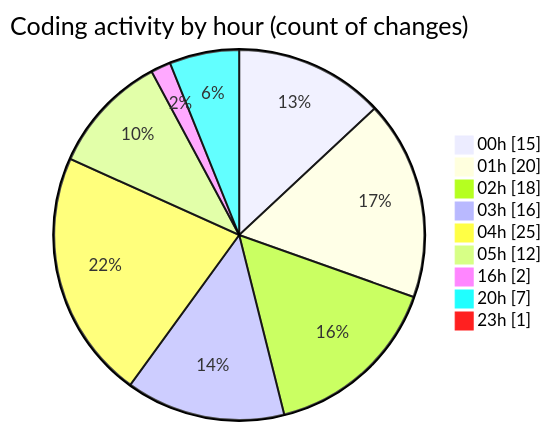
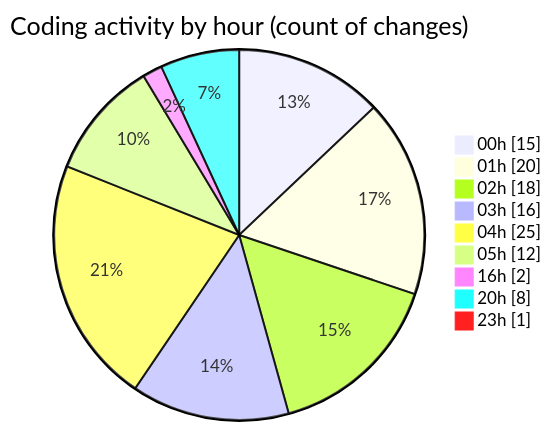
One commit to lephambinh05/code-tracking changed the second of 2 diagrams in 2025-08-04/studybuddy/README.md. Above: the diagram before and after it, drawn with Mermaid. The commit also changed other lines of this file and 1 other file, not shown here.

````diff
--- a/2025-08-04/studybuddy/README.md
+++ b/2025-08-04/studybuddy/README.md
@@ -57,13 +57,13 @@
 ```mermaid
 pie showData
 title Coding activity by hour (count of changes)
 "00h" : 15
 "01h" : 20
 "02h" : 18
 "03h" : 16
 "04h" : 25
 "05h" : 12
 "16h" : 2
-"20h" : 7
+"20h" : 8
 "23h" : 1
 ```
````
